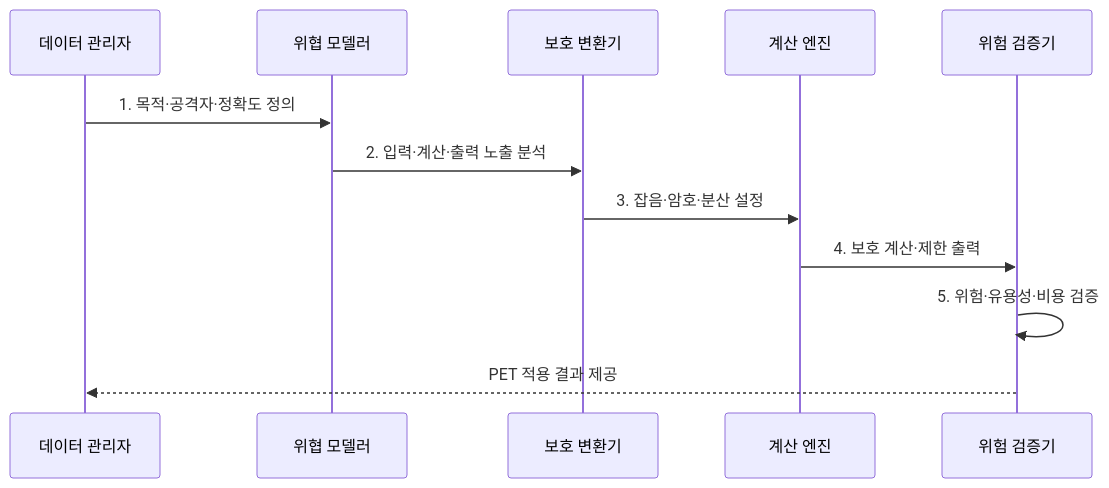
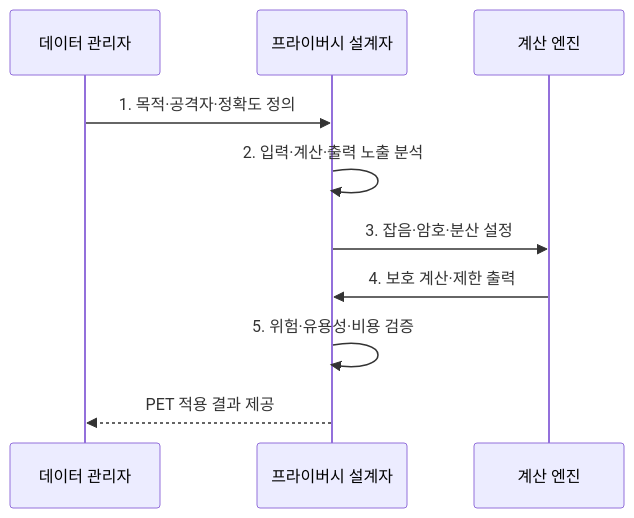
One commit to agnusdei1207/knowledge-base changed the second of 2 diagrams in src/content/docs/notes/05-security/100_privacy_enhancing_technologies.md. Above: the diagram before and after it, drawn with Mermaid. The commit also changed 9 other files, not shown here.

Commit message:
Streamline privacy governance sequences

````diff
--- a/src/content/docs/notes/05-security/100_privacy_enhancing_technologies.md
+++ b/src/content/docs/notes/05-security/100_privacy_enhancing_technologies.md
@@ -96,14 +96,12 @@
 ```mermaid
 sequenceDiagram
     participant O as 데이터 관리자
-    participant T as 위협 모델러
-    participant P as 보호 변환기
+    participant P as 프라이버시 설계자
     participant C as 계산 엔진
-    participant V as 위험 검증기
-    O->>T: 1. 목적·공격자·정확도 정의
-    T->>P: 2. 입력·계산·출력 노출 분석
+    O->>P: 1. 목적·공격자·정확도 정의
+    P->>P: 2. 입력·계산·출력 노출 분석
     P->>C: 3. 잡음·암호·분산 설정
-    C->>V: 4. 보호 계산·제한 출력
-    V->>V: 5. 위험·유용성·비용 검증
-    V-->>O: PET 적용 결과 제공
+    C->>P: 4. 보호 계산·제한 출력
+    P->>P: 5. 위험·유용성·비용 검증
+    P-->>O: PET 적용 결과 제공
 ```
````
